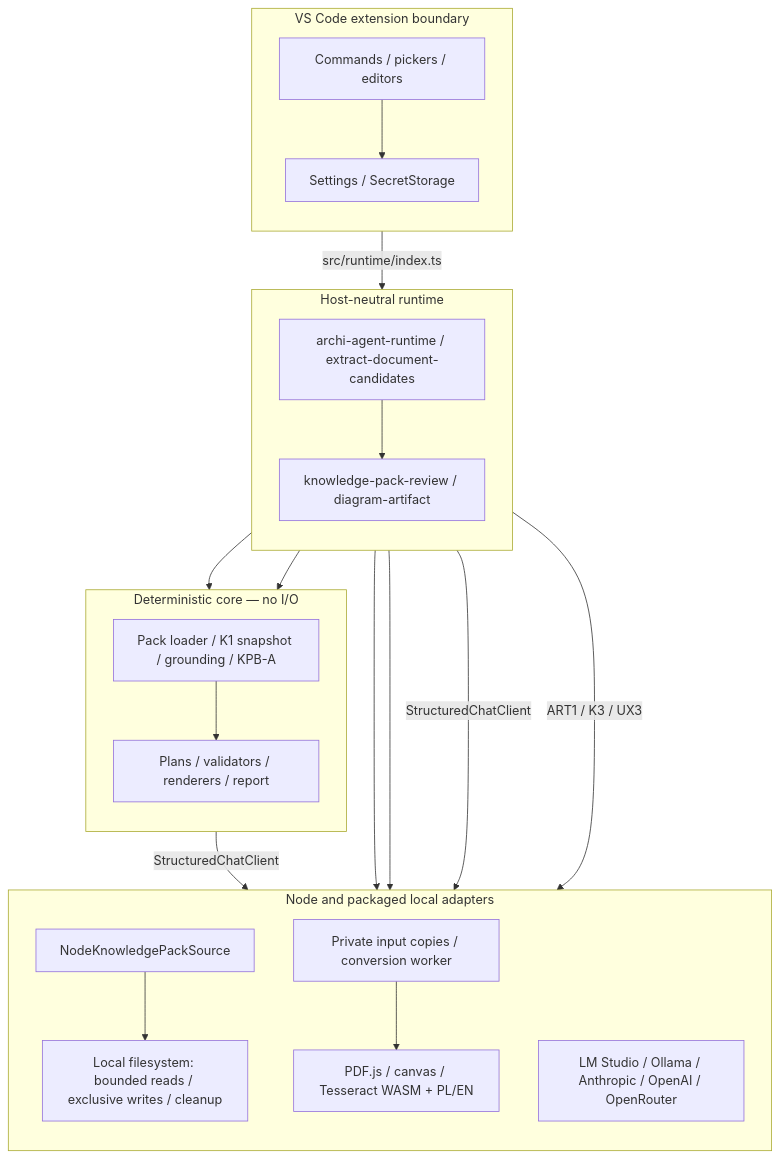
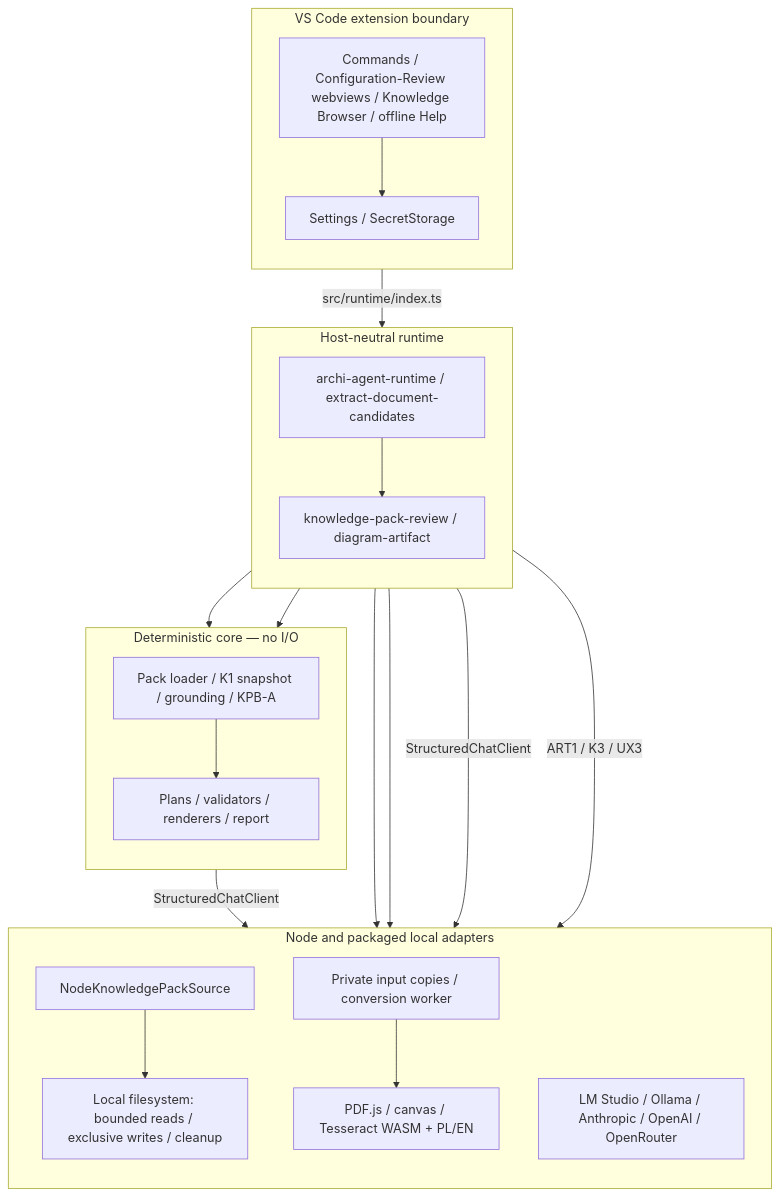
Before and after one commit to Setech-pl/archi-agent: the first of 5 diagrams in docs/en/architecture.md, drawn with Mermaid. The commit also changed other lines of this file and 45 other files, not shown here.

Commit message:
docs: add impersonal PL/EN guides and offline Help

````diff
--- a/docs/en/architecture.md
+++ b/docs/en/architecture.md
@@ -13,29 +13,29 @@
 ```mermaid
 flowchart TB
   subgraph Host["VS Code extension boundary"]
     direction TB
-    UI["Commands / pickers / editors"] --> Settings["Settings / SecretStorage"]
+    UI["Commands / Configuration-Review webviews / Knowledge Browser / offline Help"] --> Settings["Settings / SecretStorage"]
   end
   subgraph Runtime["Host-neutral runtime"]
     direction TB
     App["archi-agent-runtime / extract-document-candidates"] --> Review["knowledge-pack-review / diagram-artifact"]
   end
   subgraph Core["Deterministic core — no I/O"]
     direction TB
     Knowledge["Pack loader / K1 snapshot / grounding / KPB-A"] --> Pipeline["Plans / validators / renderers / report"]
   end
   subgraph Adapters["Node and packaged local adapters"]
     direction TB
     Pack["NodeKnowledgePackSource"] --> Files["Local filesystem: bounded reads / exclusive writes / cleanup"]
     Conversion["Private input copies / conversion worker"] --> OCR["PDF.js / canvas / Tesseract WASM + PL/EN"]
     Providers["LM Studio / Ollama / Anthropic / OpenAI / OpenRouter"]
   end
   UI -->|src/runtime/index.ts| App
   App --> Knowledge
   Review --> Knowledge
   App --> Pack
   App --> Conversion
   Pipeline -->|StructuredChatClient| Providers
   App -->|StructuredChatClient| Providers
   Review -->|ART1 / K3 / UX3| Files
 ```
````
